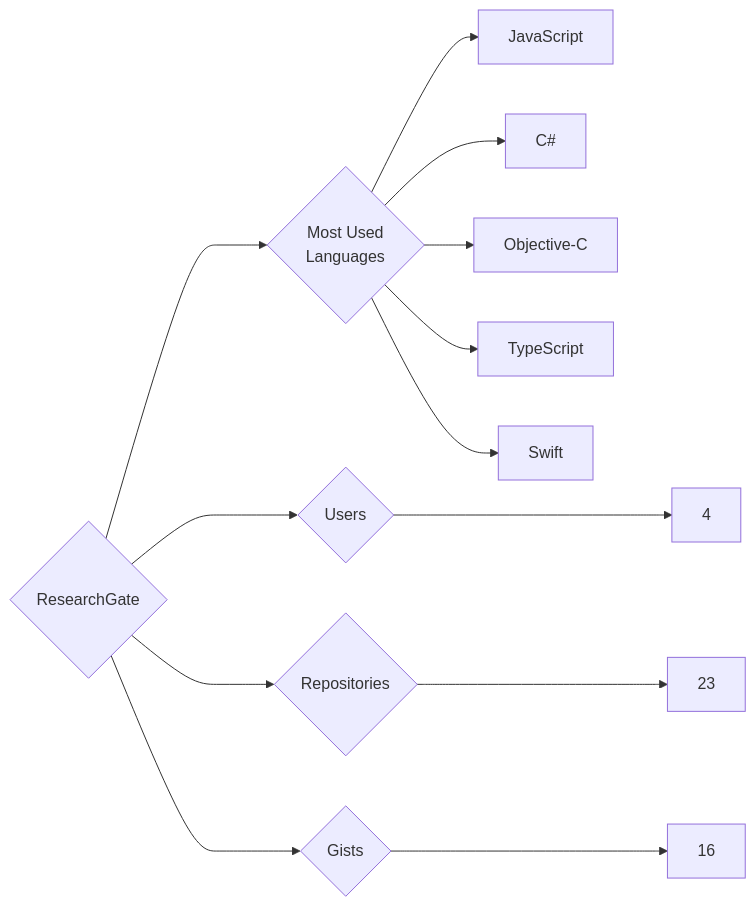
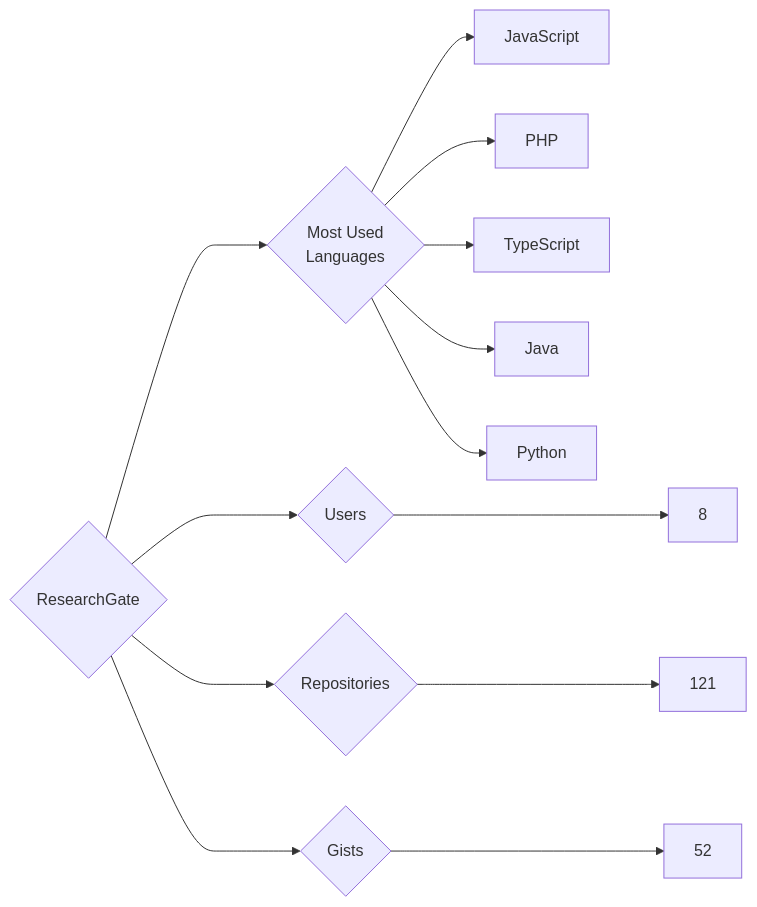
Before and after one commit to trickest/insiders: the diagram in targets/ResearchGate/README.md, drawn with Mermaid. The commit also changed 877 other files, not shown here.

````diff
--- a/targets/ResearchGate/README.md
+++ b/targets/ResearchGate/README.md
@@ -3,13 +3,13 @@
 ```mermaid
 graph LR
 COMPANY_NAME{ResearchGate}
-COMPANY_NAME ---> U{Users} ---> UN[4]
-COMPANY_NAME ---> R{Repositories} ---> RN[23]
-COMPANY_NAME ---> G{Gists} ---> GN[16]
+COMPANY_NAME ---> U{Users} ---> UN[8]
+COMPANY_NAME ---> R{Repositories} ---> RN[121]
+COMPANY_NAME ---> G{Gists} ---> GN[52]
 COMPANY_NAME ---> ML{Most Used<br>Languages}
 ML --> JavaScript[JavaScript]
-ML --> C#[C#]
-ML --> Objective-C[Objective-C]
+ML --> PHP[PHP]
 ML --> TypeScript[TypeScript]
-ML --> Swift[Swift]
+ML --> Java[Java]
+ML --> Python[Python]
 ```
````
